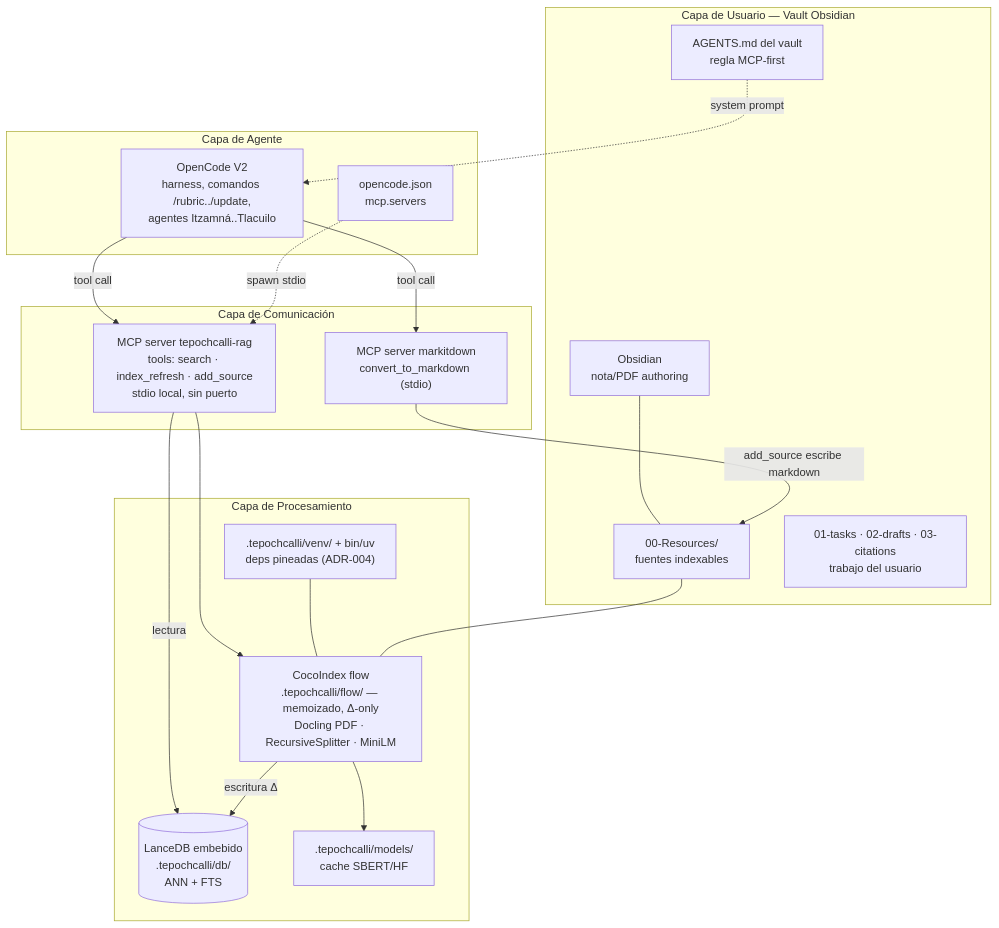
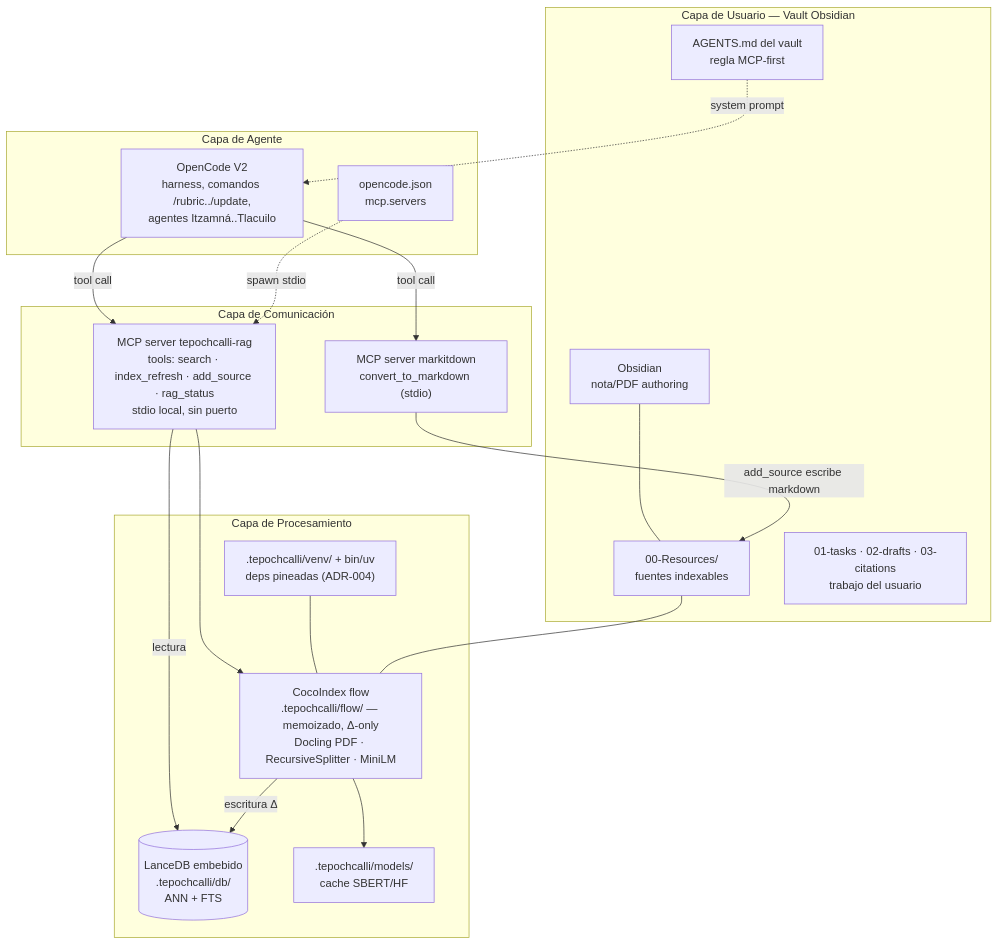
One commit to Fisherk2/tepochcalli-opencode changed the first of 5 diagrams in docs/ARCHITECTURE.md. Above: the diagram before and after it, drawn with Mermaid. The commit also changed other lines of this file and 9 other files, not shown here.

````diff
--- a/docs/ARCHITECTURE.md
+++ b/docs/ARCHITECTURE.md
@@ -17,39 +17,39 @@
 ```mermaid
 graph TB
     subgraph USUARIO["Capa de Usuario — Vault Obsidian"]
         OB["Obsidian<br/>nota/PDF authoring"]
         RES["00-Resources/<br/>fuentes indexables"]
         WORK["01-tasks · 02-drafts · 03-citations<br/>trabajo del usuario"]
         VAG["AGENTS.md del vault<br/>regla MCP-first"]
     end
 
     subgraph AGENTE["Capa de Agente"]
         OC["OpenCode V2<br/>harness, comandos /rubric../update,<br/>agentes Itzamná..Tlacuilo"]
         CFG["opencode.json<br/>mcp.servers"]
     end
 
     subgraph MCP["Capa de Comunicación"]
-        RAG["MCP server tepochcalli-rag<br/>tools: search · index_refresh · add_source<br/>stdio local, sin puerto"]
+        RAG["MCP server tepochcalli-rag<br/>tools: search · index_refresh · add_source · rag_status<br/>stdio local, sin puerto"]
         MD["MCP server markitdown<br/>convert_to_markdown (stdio)"]
     end
 
     subgraph ENGINE["Capa de Procesamiento"]
         FLOW["CocoIndex flow<br/>.tepochcalli/flow/ — memoizado, Δ-only<br/>Docling PDF · RecursiveSplitter · MiniLM"]
         DB[("LanceDB embebido<br/>.tepochcalli/db/<br/>ANN + FTS")]
         MODELS[".tepochcalli/models/<br/>cache SBERT/HF"]
         VENV[".tepochcalli/venv/ + bin/uv<br/>deps pineadas (ADR-004)"]
     end
 
     OB --- RES
     OC -->|tool call| RAG
     OC -->|tool call| MD
     RAG --> FLOW
     RAG -->|lectura| DB
     FLOW -->|escritura Δ| DB
     FLOW --> MODELS
     MD -->|add_source escribe markdown| RES
     VAG -.->|system prompt| OC
     CFG -.->|spawn stdio| RAG
     VENV --- FLOW
     RES --- FLOW
 ```
````
